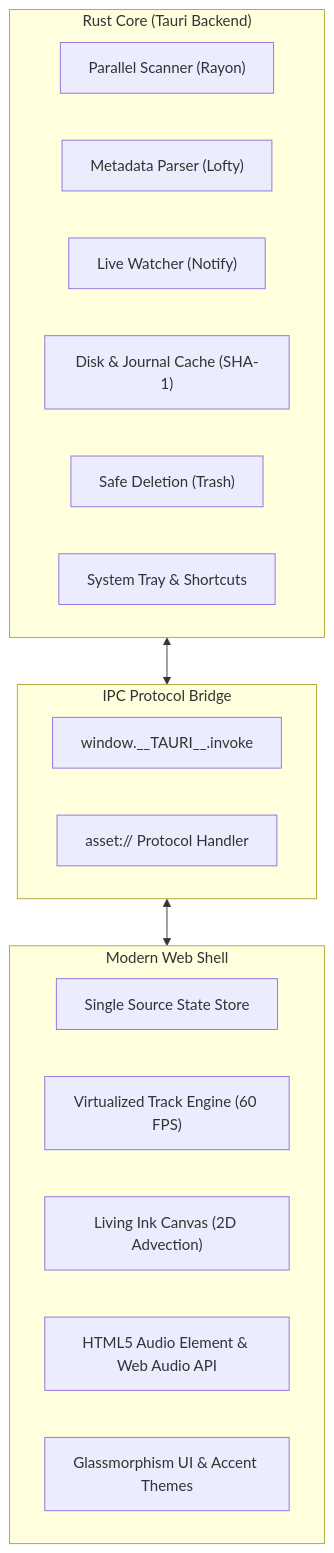
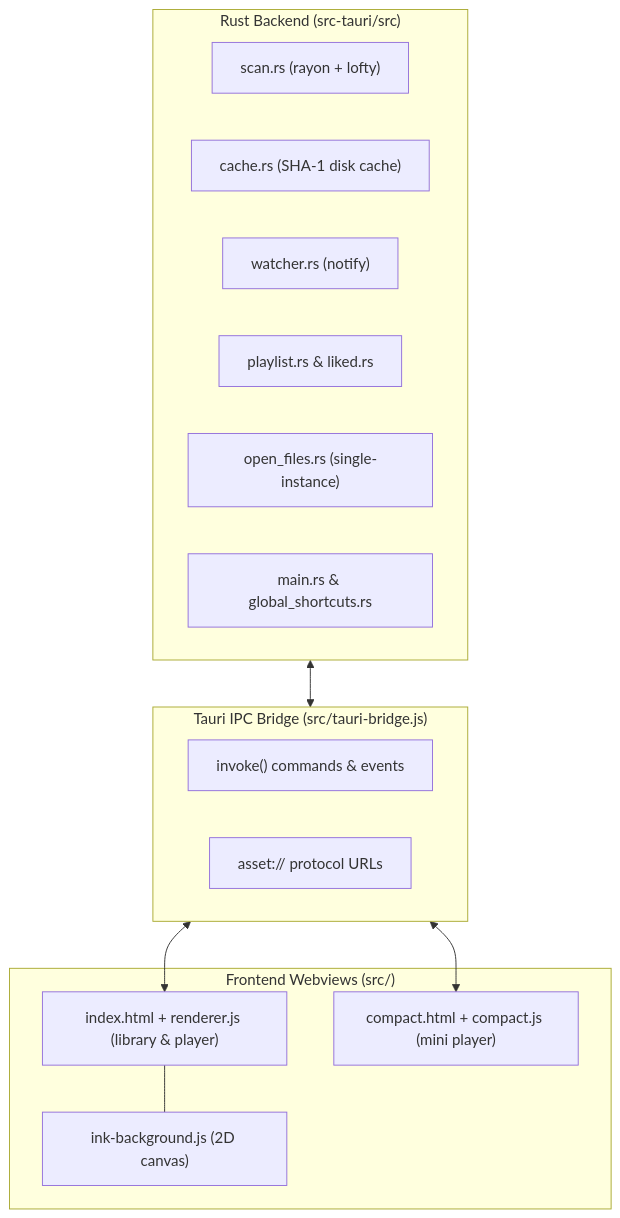
The diagram in README.md (projectGloria/Lyra), drawn with Mermaid before and after one commit. The commit also changed other lines of this file and 7 other files, not shown here.

````diff
--- a/README.md
+++ b/README.md
@@ -273,27 +75,27 @@
 ```mermaid
 flowchart TD
-    subgraph RustCore["Rust Core (Tauri Backend)"]
-        Scanner["Parallel Scanner (Rayon)"]
-        LoftyEngine["Metadata Parser (Lofty)"]
-        Watcher["Live Watcher (Notify)"]
-        Cache["Disk & Journal Cache (SHA-1)"]
-        TrashBin["Safe Deletion (Trash)"]
-        Tray["System Tray & Shortcuts"]
+    subgraph Rust["Rust Backend (src-tauri/src)"]
+        Scan["scan.rs (rayon + lofty)"]
+        Cache["cache.rs (SHA-1 disk cache)"]
+        Watch["watcher.rs (notify)"]
+        Sidecars["playlist.rs & liked.rs"]
+        OpenFiles["open_files.rs (single-instance)"]
+        Tray["main.rs & global_shortcuts.rs"]
     end
 
-    subgraph Bridge["IPC Protocol Bridge"]
-        TauriIPC["window.__TAURI__.invoke"]
-        AssetProto["asset:// Protocol Handler"]
+    subgraph Bridge["Tauri IPC Bridge (src/tauri-bridge.js)"]
+        Invoke["invoke() commands & events"]
+        Asset["asset:// protocol URLs"]
     end
 
-    subgraph Frontend["Modern Web Shell"]
-        State["Single Source State Store"]
-        VirtualList["Virtualized Track Engine (60 FPS)"]
-        InkEngine["Living Ink Canvas (2D Advection)"]
-        Audio["HTML5 Audio Element & Web Audio API"]
-        GlassCSS["Glassmorphism UI & Accent Themes"]
+    subgraph UI["Frontend Webviews (src/)"]
+        Main["index.html + renderer.js (library & player)"]
+        Ink["ink-background.js (2D canvas)"]
+        Mini["compact.html + compact.js (mini player)"]
     end
 
-    RustCore <--> Bridge
-    Bridge <--> Frontend
+    Rust <--> Bridge
+    Bridge <--> Main
+    Bridge <--> Mini
+    Main --- Ink
 ```
````
